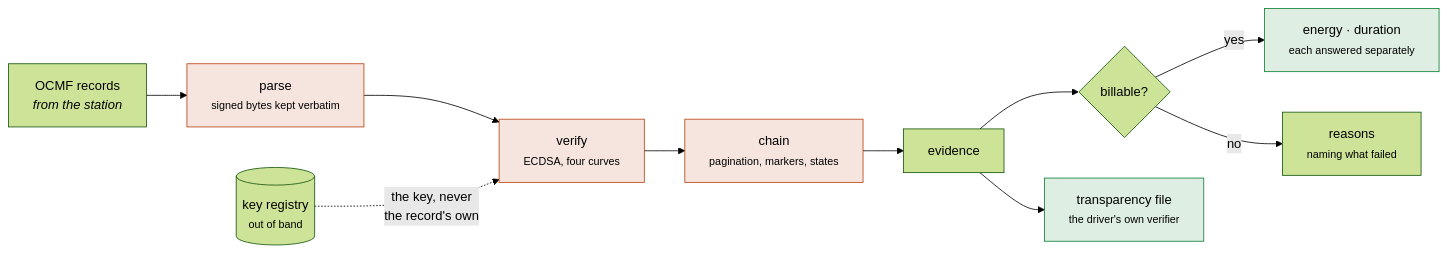
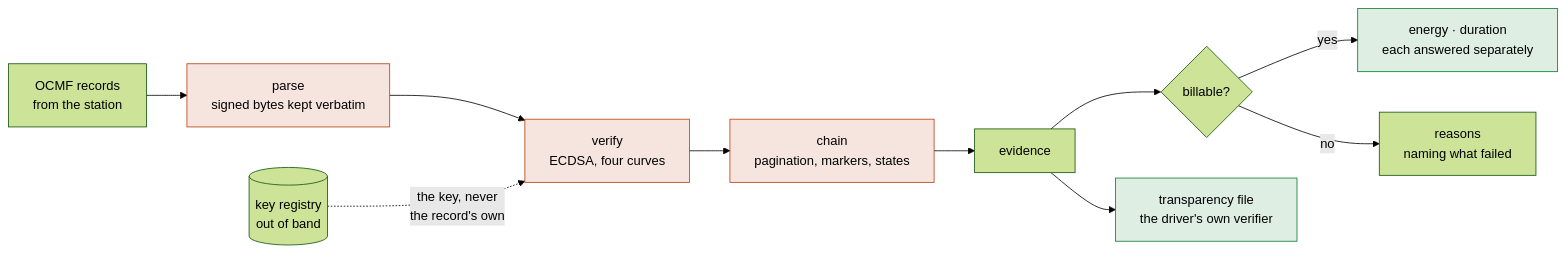
Before and after one commit to hupe1980/emob: the diagram in site/content/docs/eichrecht.md, drawn with Mermaid (forest theme). The commit also changed other lines of this file and 38 other files, not shown here.

````diff
--- a/site/content/docs/eichrecht.md
+++ b/site/content/docs/eichrecht.md
@@ -27,17 +27,17 @@
 ```mermaid
 flowchart LR
-    RAW["OCMF records<br/><i>from the station</i>"] --> P["parse<br/><small>signed bytes kept verbatim</small>"]
-    P --> V["verify<br/><small>ECDSA, four curves</small>"]
-    KR[("key registry<br/><small>out of band</small>")] -.->|the key, never<br/>the record's own| V
-    V --> C["chain<br/><small>pagination, markers, states</small>"]
+    RAW["OCMF records<br/>from the station"] --> P["parse<br/>signed bytes kept verbatim"]
+    P --> V["verify<br/>ECDSA, four curves"]
+    KR[("key registry<br/>out of band")] -.->|the key, never<br/>the record's own| V
+    V --> C["chain<br/>pagination, markers, states"]
     C --> E["evidence"]
     E --> Q{"billable?"}
-    Q -->|yes| BILL["energy · duration<br/><small>each answered separately</small>"]
-    Q -->|no| WHY["reasons<br/><small>naming what failed</small>"]
-    E --> TX["transparency file<br/><small>the driver's own verifier</small>"]
+    Q -->|yes| BILL["energy · duration<br/>each answered separately"]
+    Q -->|no| WHY["reasons<br/>naming what failed"]
+    E --> TX["transparency file<br/>the driver's own verifier"]
 
     classDef gate fill:#b8410f22,stroke:#b8410f
     classDef out fill:#0a7d3322,stroke:#0a7d33
     class P,V,C gate
     class BILL,TX out
 ```
````
